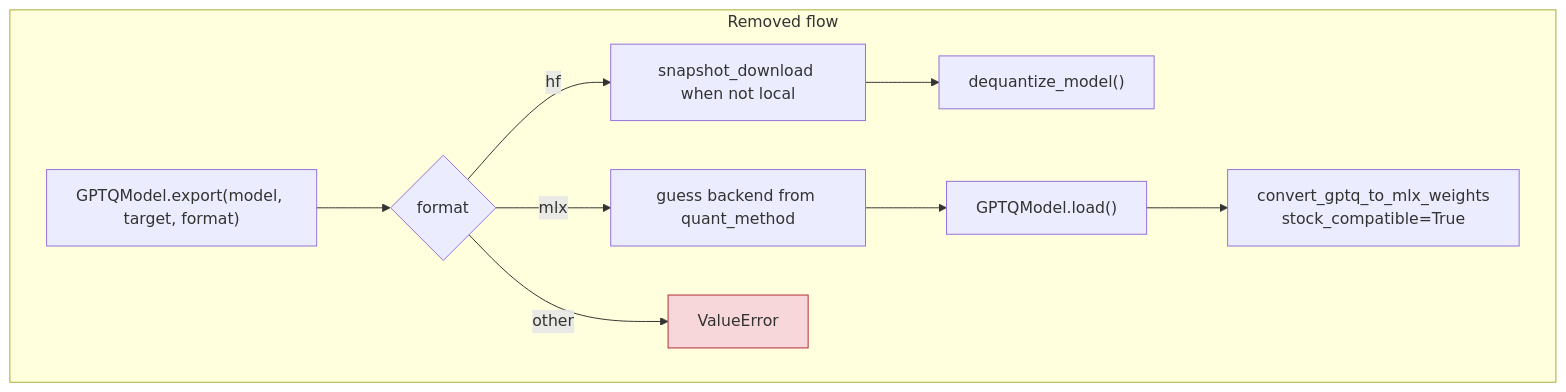
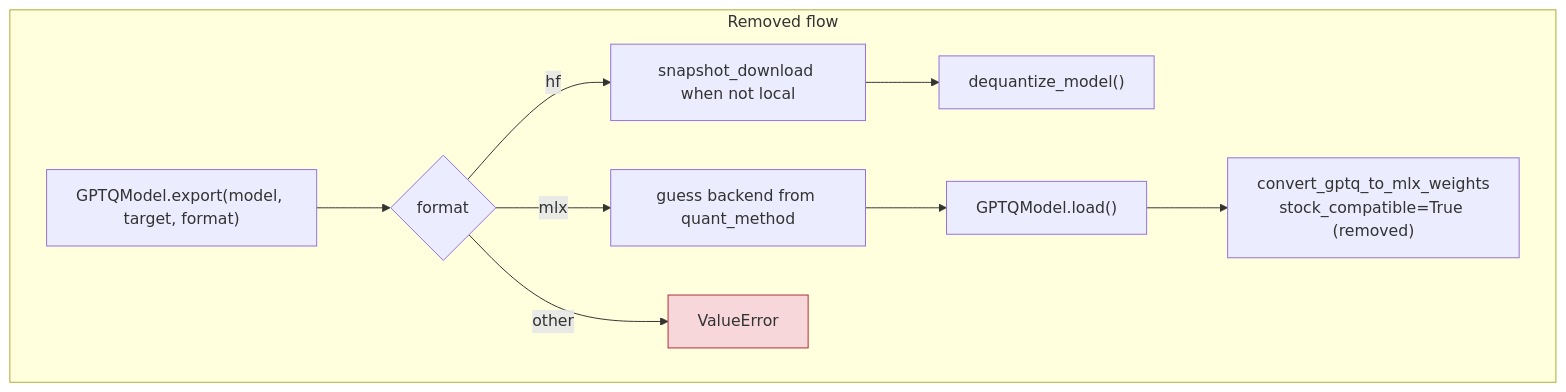
One commit to ModelCloud/GPTQModel changed the tenth of 16 diagrams in docs/checkpoint-interop.md. Above: the diagram before and after it, drawn with Mermaid. The commit also changed other lines of this file and 9 other files, not shown here.

````diff
--- a/docs/checkpoint-interop.md
+++ b/docs/checkpoint-interop.md
@@ -356,13 +356,13 @@
 ```mermaid
 flowchart TD
     subgraph REMOVED["Removed flow"]
         A["GPTQModel.export(model, target, format)"] --> B{"format"}
         B -- hf --> C["snapshot_download when not local"]
         C --> D["dequantize_model()"]
         B -- mlx --> E["guess backend from quant_method"]
         E --> F["GPTQModel.load()"]
-        F --> G["convert_gptq_to_mlx_weights<br/>stock_compatible=True"]
+        F --> G["convert_gptq_to_mlx_weights<br/>stock_compatible=True (removed)"]
         B -- other --> X["ValueError"]
     end
     style X fill:#f8d7da,stroke:#b02a37
 ```
````
